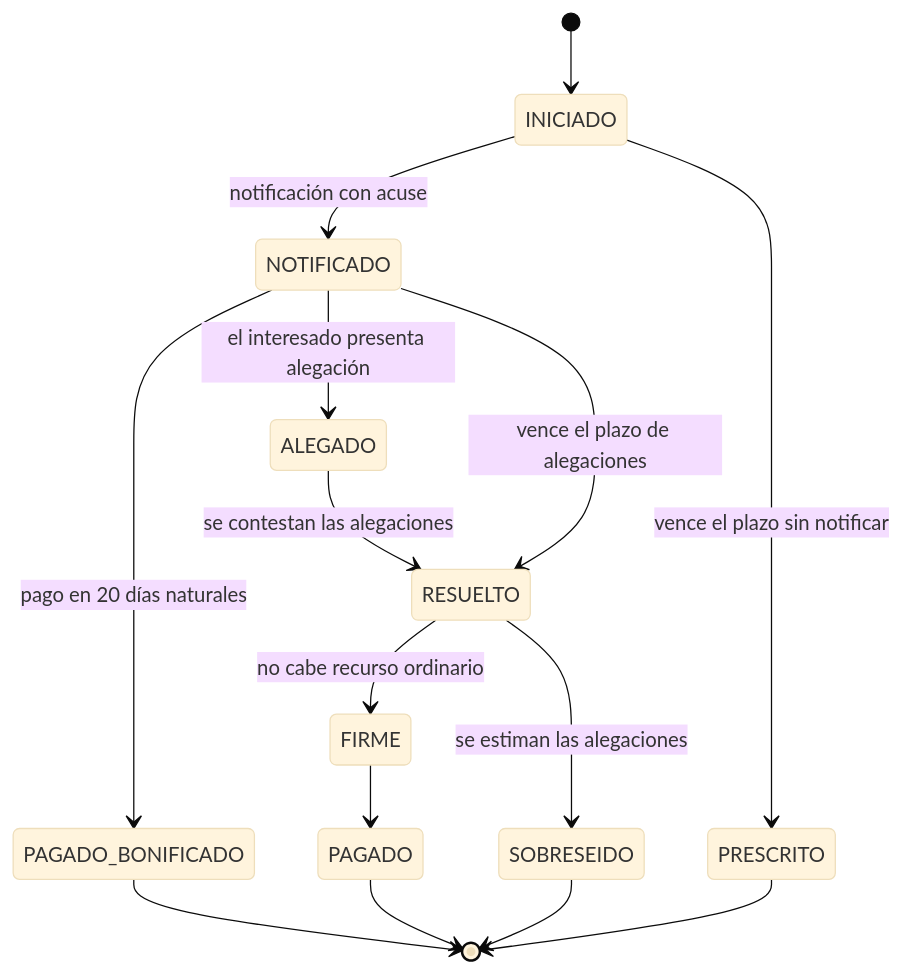
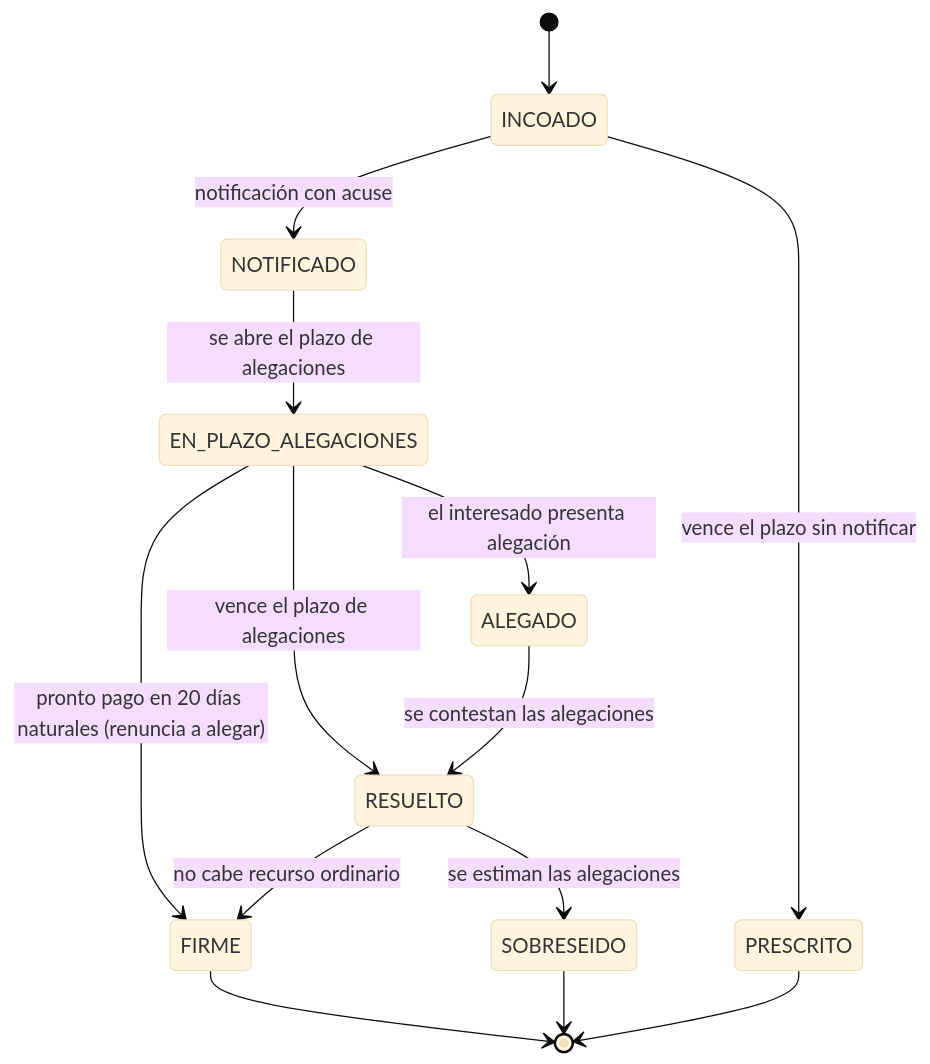
The second of 2 diagrams in src/pages/tema-0/b-proyecto-multagal.md (ProfesorPermuta/web-AD), drawn with Mermaid (base theme) before and after one commit. The commit also changed other lines of this file and 27 other files, not shown here.

Commit message:
Se ha mejorado el diagrama de entidades multagal para que ahora tambien añada los atributos necesarios

````diff
--- a/src/pages/tema-0/b-proyecto-multagal.md
+++ b/src/pages/tema-0/b-proyecto-multagal.md
@@ -99,17 +210,16 @@
 ```mermaid
 stateDiagram-v2
-    [*] --> INICIADO
-    INICIADO --> NOTIFICADO : notificación con acuse
-    INICIADO --> PRESCRITO : vence el plazo sin notificar
-    NOTIFICADO --> PAGADO_BONIFICADO : pago en 20 días naturales
-    NOTIFICADO --> ALEGADO : el interesado presenta alegación
-    NOTIFICADO --> RESUELTO : vence el plazo de alegaciones
+    [*] --> INCOADO
+    INCOADO --> NOTIFICADO : notificación con acuse
+    INCOADO --> PRESCRITO : vence el plazo sin notificar
+    NOTIFICADO --> EN_PLAZO_ALEGACIONES : se abre el plazo de alegaciones
+    EN_PLAZO_ALEGACIONES --> FIRME : pronto pago en 20 días naturales (renuncia a alegar)
+    EN_PLAZO_ALEGACIONES --> ALEGADO : el interesado presenta alegación
+    EN_PLAZO_ALEGACIONES --> RESUELTO : vence el plazo de alegaciones
     ALEGADO --> RESUELTO : se contestan las alegaciones
     RESUELTO --> FIRME : no cabe recurso ordinario
     RESUELTO --> SOBRESEIDO : se estiman las alegaciones
-    FIRME --> PAGADO
-    PAGADO --> [*]
-    PAGADO_BONIFICADO --> [*]
+    FIRME --> [*]
     SOBRESEIDO --> [*]
     PRESCRITO --> [*]
 ```
````
